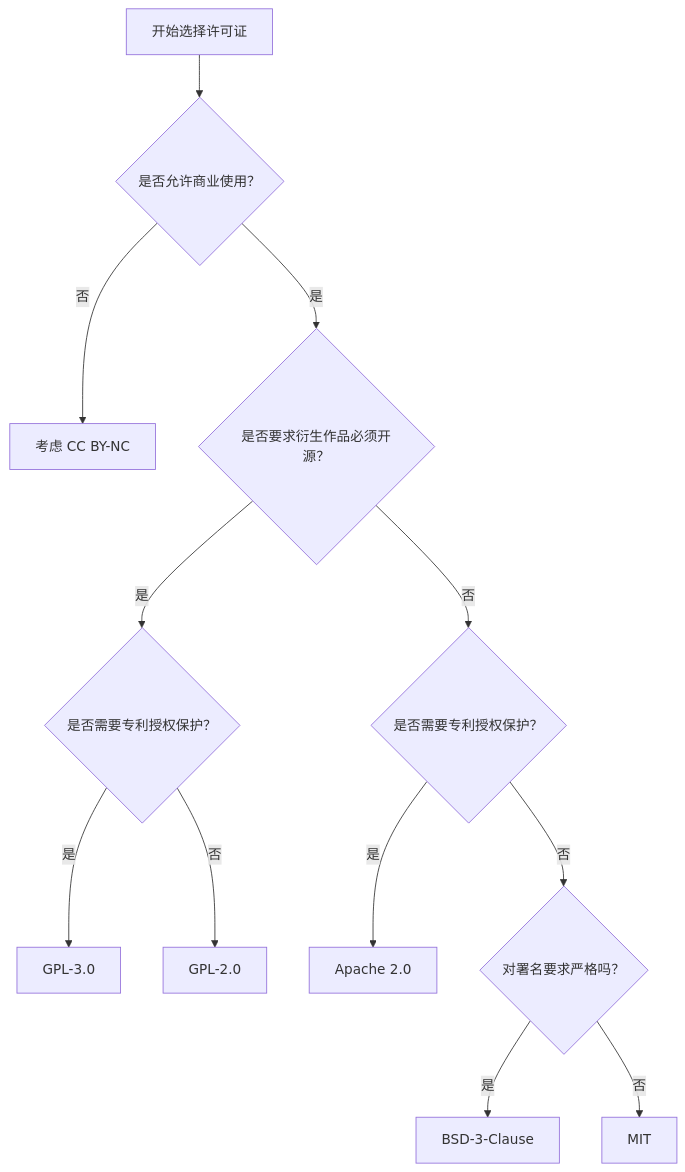
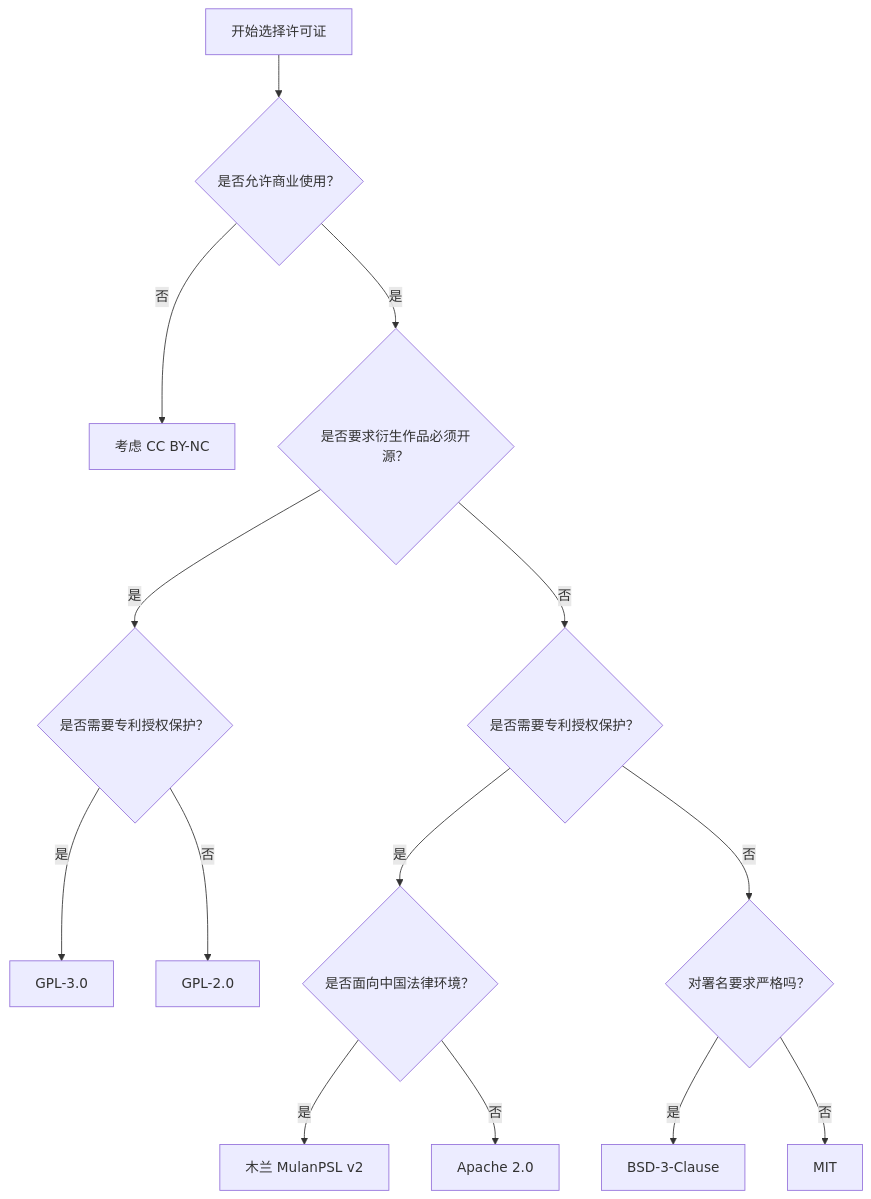
The diagram in README.md (yuan21577/open-source-license-guide), drawn with Mermaid before and after one commit. The commit also changed other lines of this file, not shown here.

````diff
--- a/README.md
+++ b/README.md
@@ -39,14 +61,16 @@
 ```mermaid
 flowchart TD
     A[开始选择许可证] --> B{是否允许商业使用？}
     B -- 否 --> C[考虑 CC BY-NC]
     B -- 是 --> D{是否要求衍生作品必须开源？}
     D -- 是 --> E{是否需要专利授权保护？}
     E -- 是 --> F[GPL-3.0]
     E -- 否 --> G[GPL-2.0]
     D -- 否 --> H{是否需要专利授权保护？}
-    H -- 是 --> I[Apache 2.0]
-    H -- 否 --> J{对署名要求严格吗？}
-    J -- 是 --> K[BSD-3-Clause]
-    J -- 否 --> L[MIT]
+    H -- 是 --> I{是否面向中国法律环境？}
+    I -- 是 --> J[木兰 MulanPSL v2]
+    I -- 否 --> K[Apache 2.0]
+    H -- 否 --> L{对署名要求严格吗？}
+    L -- 是 --> M[BSD-3-Clause]
+    L -- 否 --> N[MIT]
 ```
````
